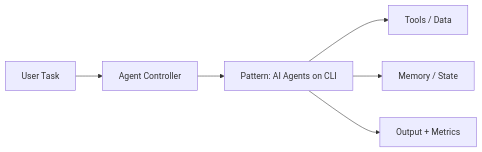
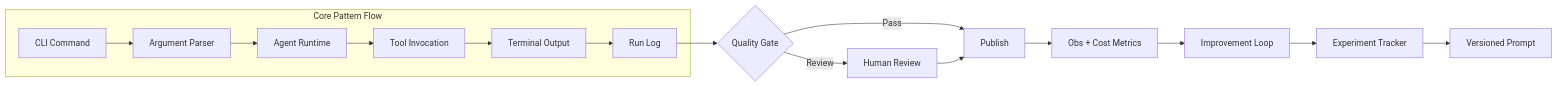
Before and after one commit to vivekreeves/agentic-design-patterns-lab: the diagram in notebooks/level_05_advanced_patterns_and_engineering/26_ai_agents_on_cli_architecture.md, drawn with Mermaid. The commit also changed 71 other files, not shown here.

````diff
--- a/notebooks/level_05_advanced_patterns_and_engineering/26_ai_agents_on_cli_architecture.md
+++ b/notebooks/level_05_advanced_patterns_and_engineering/26_ai_agents_on_cli_architecture.md
@@ -5,8 +5,18 @@
 ```mermaid
 flowchart LR
-  Q[User Task] --> A[Agent Controller]
-  A --> P[Pattern: AI Agents on CLI]
-  P --> T[Tools / Data]
-  P --> M[Memory / State]
-  P --> O[Output + Metrics]
+  subgraph CoreFlow[Core Pattern Flow]
+    CMD[CLI Command] --> PARSE[Argument Parser]
+    PARSE --> AG[Agent Runtime]
+    AG --> TL[Tool Invocation]
+    TL --> OUT[Terminal Output]
+    OUT --> LOG[Run Log]
+  end
+  LOG --> QG{Quality Gate}
+  QG -->|Pass| PUB[Publish]
+  QG -->|Review| HREV[Human Review]
+  HREV --> PUB
+  PUB --> OBS[Obs + Cost Metrics]
+  OBS --> LOOP[Improvement Loop]
+  LOOP --> EXP[Experiment Tracker]
+  EXP --> VER[Versioned Prompt]
 ```
````
